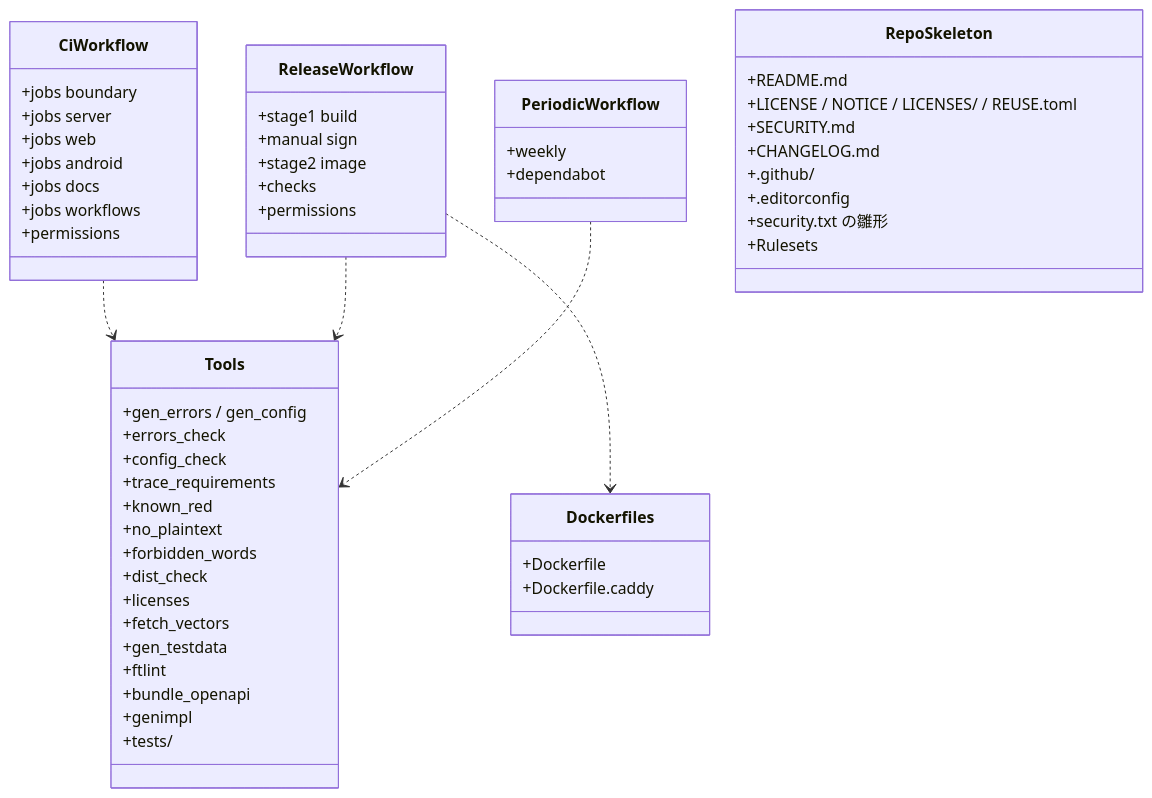
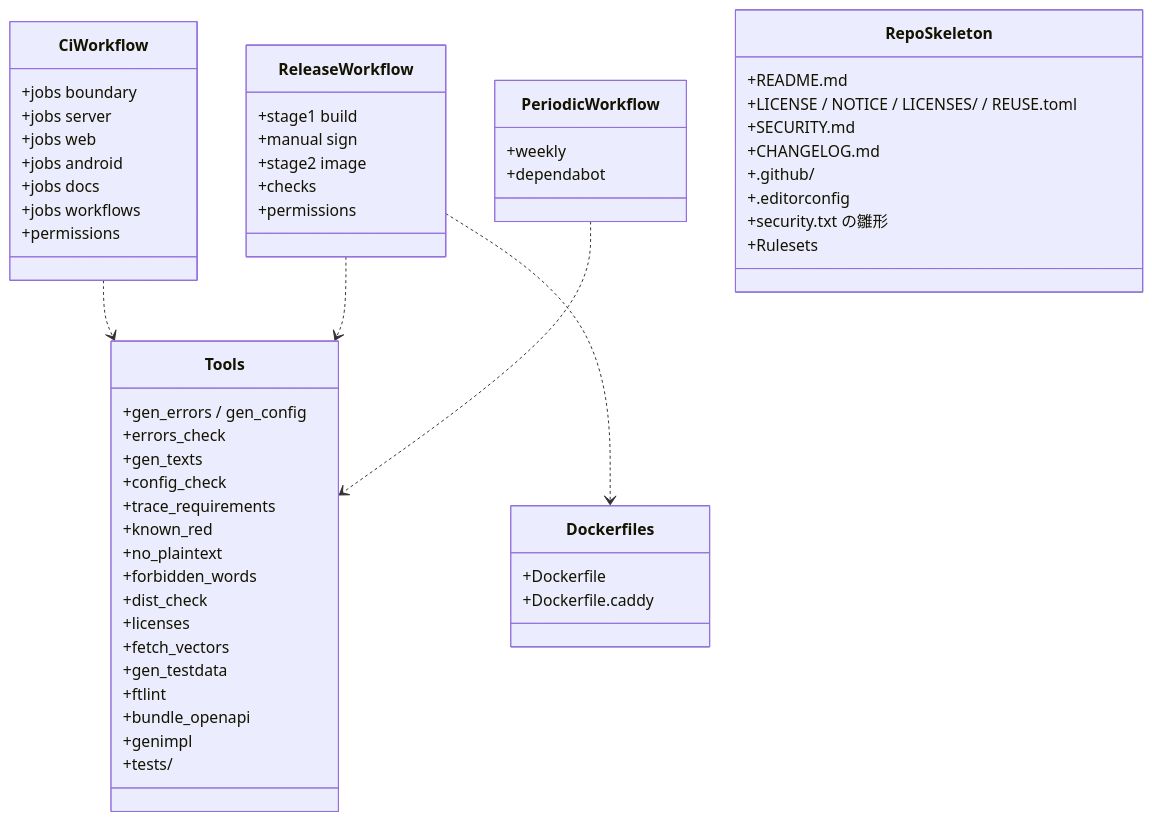
Before and after one commit to nrsd-ishikawasou/family-talk-pwa: the diagram in dev/docs/jp/ブロック/ci-tools.md, drawn with Mermaid. The commit also changed other lines of this file and 8 other files, not shown here.

````diff
--- a/dev/docs/jp/ブロック/ci-tools.md
+++ b/dev/docs/jp/ブロック/ci-tools.md
@@ -48,58 +48,59 @@
 ```mermaid
 classDiagram
   class CiWorkflow {
     +jobs boundary
     +jobs server
     +jobs web
     +jobs android
     +jobs docs
     +jobs workflows
     +permissions
   }
   class ReleaseWorkflow {
     +stage1 build
     +manual sign
     +stage2 image
     +checks
     +permissions
   }
   class PeriodicWorkflow {
     +weekly
     +dependabot
   }
   class Dockerfiles {
     +Dockerfile
     +Dockerfile.caddy
   }
   class Tools {
     +gen_errors / gen_config
     +errors_check
+    +gen_texts
     +config_check
     +trace_requirements
     +known_red
     +no_plaintext
     +forbidden_words
     +dist_check
     +licenses
     +fetch_vectors
     +gen_testdata
     +ftlint
     +bundle_openapi
     +genimpl
     +tests/
   }
   class RepoSkeleton {
     +README.md
     +LICENSE / NOTICE / LICENSES/ / REUSE.toml
     +SECURITY.md
     +CHANGELOG.md
     +.github/
     +.editorconfig
     +security.txt の雛形
     +Rulesets
   }
   CiWorkflow ..> Tools
   ReleaseWorkflow ..> Dockerfiles
   ReleaseWorkflow ..> Tools
   PeriodicWorkflow ..> Tools
 ```
````
